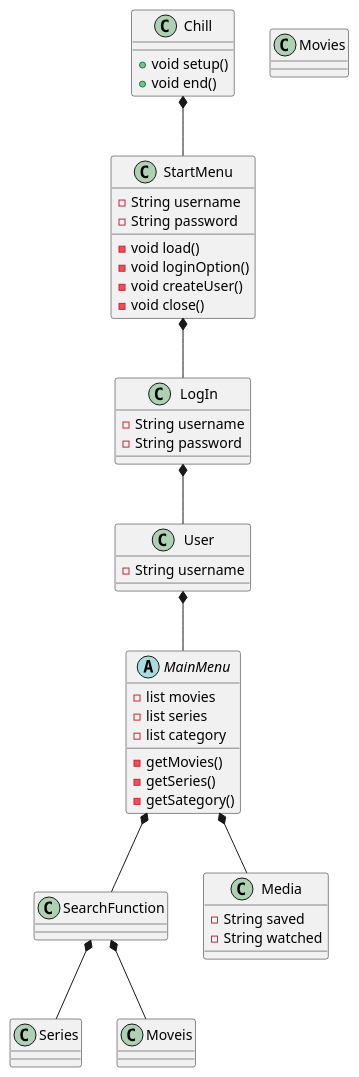
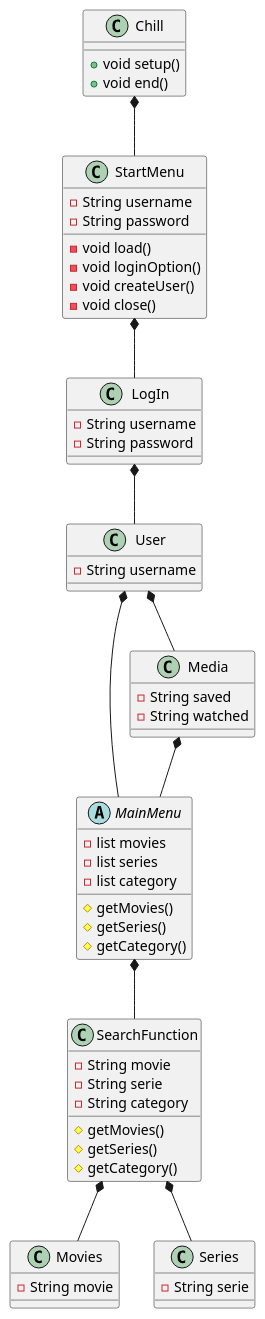
Before and after one commit to KnogleMau/SP3---Streamingtjeneste: the diagram in SP3/.idea/KlasseDiagram.puml, drawn with PlantUML. The commit also changed 14 other files, not shown here.

```diff
--- a/SP3/.idea/KlasseDiagram.puml
+++ b/SP3/.idea/KlasseDiagram.puml
@@ -1,68 +1,76 @@
 @startuml
 'https://plantuml.com/class-diagram
 
 Class Chill{
 
 +void setup()
 +void end()
 }
 
 Class StartMenu{
 -void load()
 -String username
 -String password
 -void loginOption()
 -void createUser()
 -void close()
 
 }
 
 Class LogIn{
 -String username
 -String password
 
 }
 
 Class User{
 -String username
 
 }
 
 Abstract MainMenu{
 -list movies
 -list series
 -list category
--getMovies()
--getSeries()
--getSategory()
+#getMovies()
+#getSeries()
+#getCategory()
 
 
 }
 
 Class SearchFunction{
+-String movie
+-String serie
+-String category
+#getMovies()
+#getSeries()
+#getCategory()
 
 }
 
 Class Media{
 -String saved
 -String watched
 }
 
 Class Movies{
+-String movie
 }
 
 Class Series{
+-String serie
 }
 
 Chill *-- StartMenu
 StartMenu *-- LogIn
 LogIn *-- User
 User *-- MainMenu
 
 MainMenu *-- SearchFunction
-MainMenu *--Media
-
-SearchFunction *-- Moveis
+Media *-- MainMenu
+User *-- Media
+SearchFunction *-- Movies
 SearchFunction *-- Series
 
 @enduml
```
